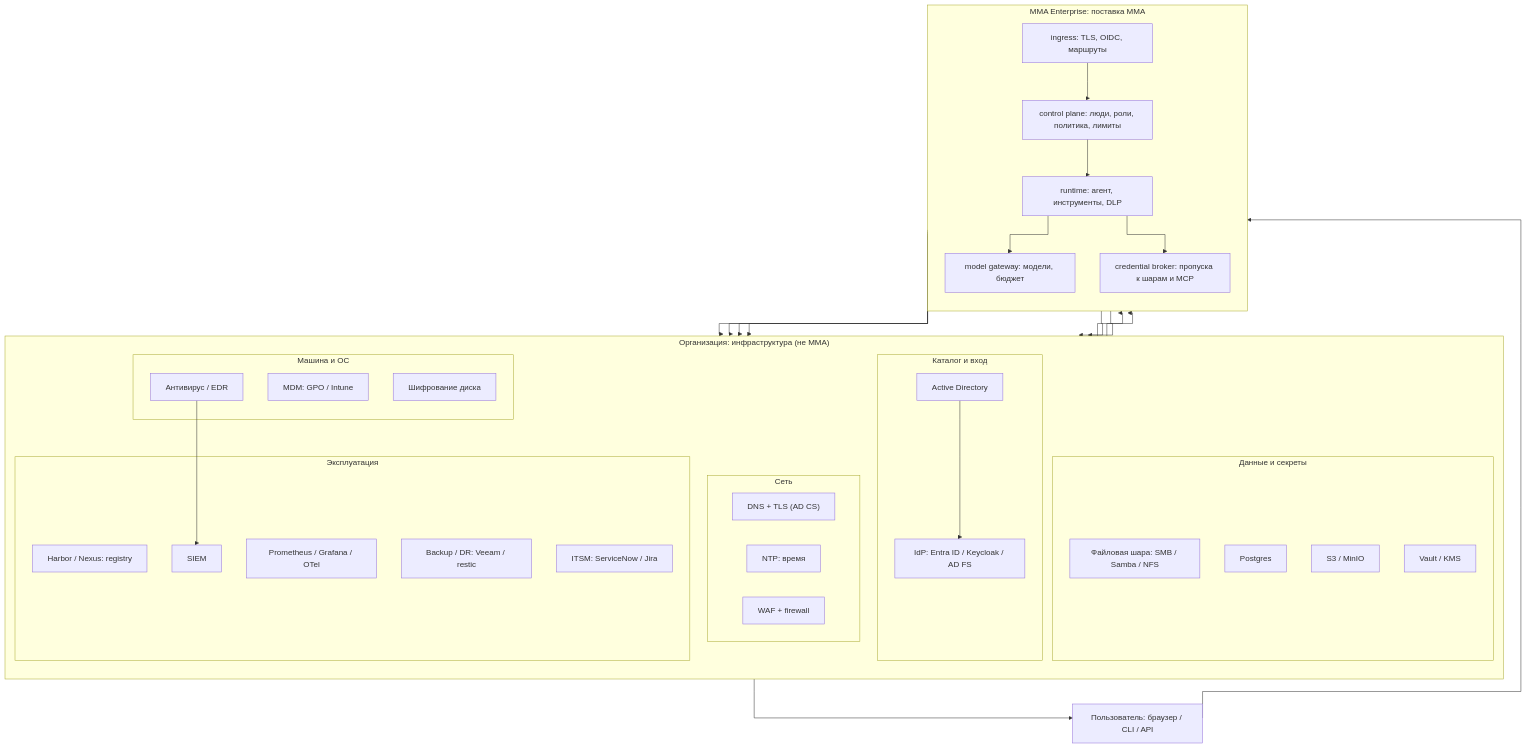
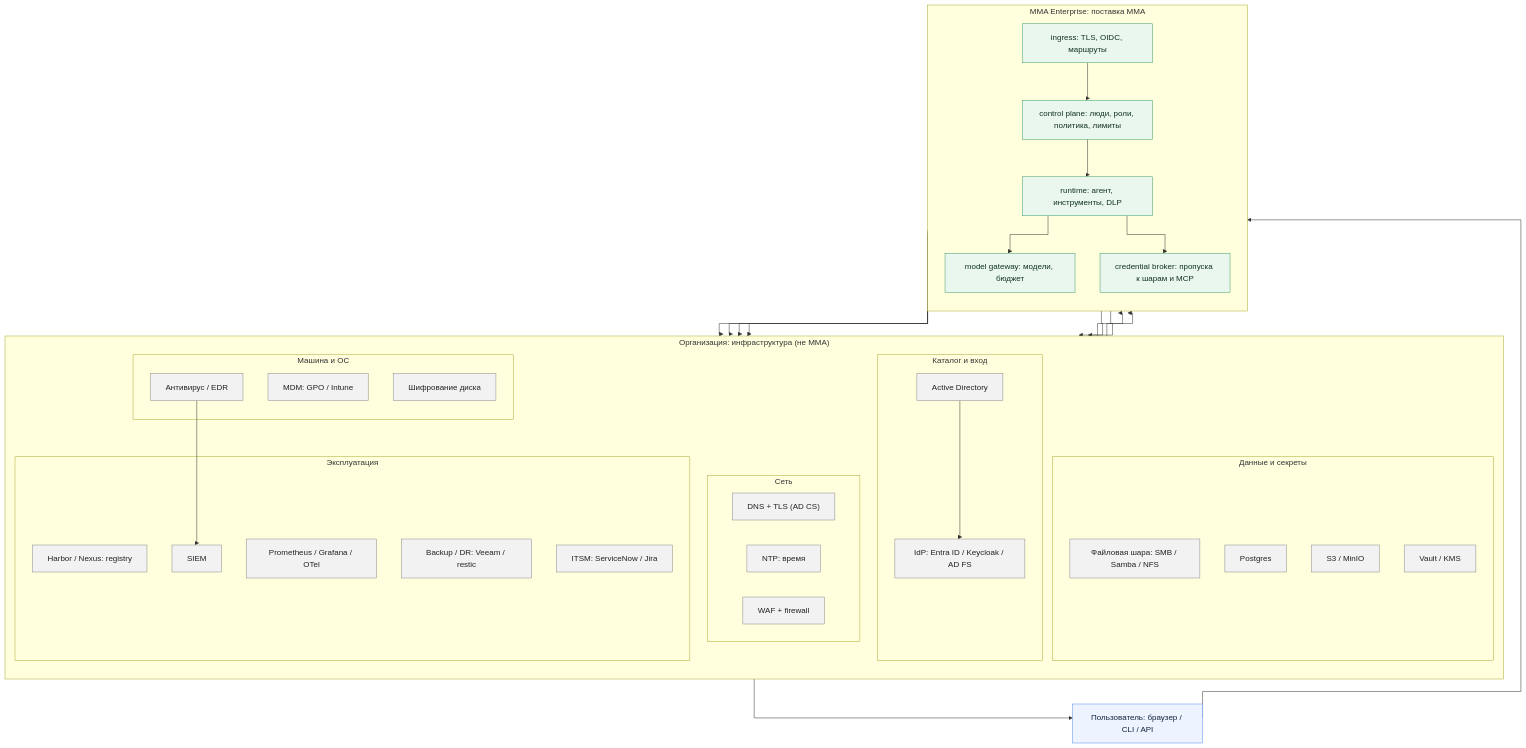
Before and after one commit to Alexeykoh/micro-model-agent: the second of 3 diagrams in docs/ideas/2026-11-09-mma-enterprise-separate-version.md, drawn with Mermaid. The commit also changed other lines of this file, not shown here.

Commit message:
docs(ideas): redraw enterprise diagrams as styled mermaid

````diff
--- a/docs/ideas/2026-11-09-mma-enterprise-separate-version.md
+++ b/docs/ideas/2026-11-09-mma-enterprise-separate-version.md
@@ -397,62 +421,69 @@
 ```mermaid
 %%{init: {'flowchart': {'curve': 'stepBefore', 'htmlLabels': true}}}%%
 flowchart TB
     subgraph ORG["Организация: инфраструктура (не MMA)"]
         direction TB
         subgraph MACHINE["Машина и ОС"]
             EDR["Антивирус / EDR"]
             MDM["MDM: GPO / Intune"]
             DISK["Шифрование диска"]
         end
         subgraph NET["Сеть"]
             DNS["DNS + TLS (AD CS)"]
             NTP["NTP: время"]
             WAF["WAF + firewall"]
         end
         subgraph DIR["Каталог и вход"]
             AD["Active Directory"]
             IDP["IdP: Entra ID / Keycloak / AD FS"]
         end
         subgraph DATA["Данные и секреты"]
             SHARE["Файловая шара: SMB / Samba / NFS"]
             PG["Postgres"]
             S3["S3 / MinIO"]
             VAULT["Vault / KMS"]
         end
         subgraph OPS["Эксплуатация"]
             REG["Harbor / Nexus: registry"]
             SIEM["SIEM"]
             MON["Prometheus / Grafana / OTel"]
             BACKUP["Backup / DR: Veeam / restic"]
             ITSM["ITSM: ServiceNow / Jira"]
         end
     end
 
     subgraph MMA["MMA Enterprise: поставка MMA"]
         direction TB
         ING["ingress: TLS, OIDC, маршруты"]
         CTRL["control plane: люди, роли, политика, лимиты"]
         RUN["runtime: агент, инструменты, DLP"]
         GW["model gateway: модели, бюджет"]
         BROKER["credential broker: пропуска к шарам и MCP"]
         ING --> CTRL
         CTRL --> RUN
         RUN --> GW
         RUN --> BROKER
     end
 
     USER["Пользователь: браузер / CLI / API"]
     USER --> ING
 
     AD --> IDP
     IDP --> CTRL
     MDM --> USER
     EDR --> SIEM
     RUN --> MON
     CTRL --> SIEM
     BROKER --> SHARE
     CTRL --> PG
     CTRL --> S3
     GW --> VAULT
     REG --> MMA
+
+    classDef org fill:#f2f2f2,stroke:#8a8a8a,color:#222222;
+    classDef mma fill:#eaf7ee,stroke:#3d9d6b,color:#10331f;
+    classDef user fill:#eef4ff,stroke:#5b8def,color:#10233f;
+    class EDR,MDM,DISK,DNS,NTP,WAF,AD,IDP,SHARE,PG,S3,VAULT,REG,SIEM,MON,BACKUP,ITSM org;
+    class ING,CTRL,RUN,GW,BROKER mma;
+    class USER user;
 ```
````
